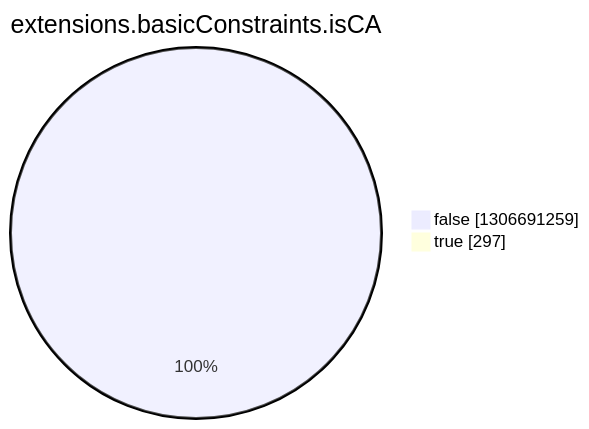
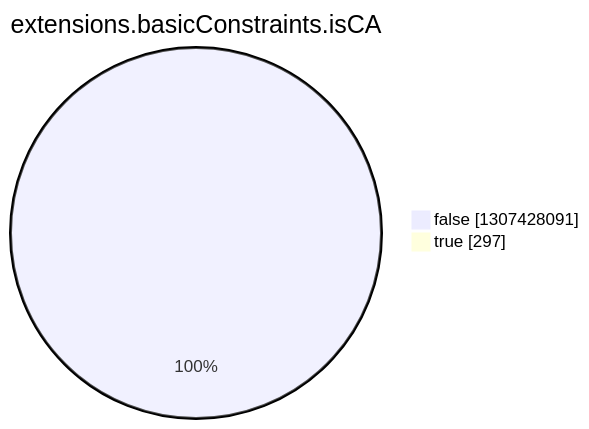
Before and after one commit to christiankrug/ctmonitor_visualization: the eighth of 15 diagrams in argon2022/README.md, drawn with Mermaid. The commit also changed other lines of this file, not shown here.

````diff
--- a/argon2022/README.md
+++ b/argon2022/README.md
@@ -2757,6 +2757,6 @@
 ```mermaid
 pie showData
 title extensions.basicConstraints.isCA
-"false" :1306691259
+"false" :1307428091
 "true" :297
 ```
````
